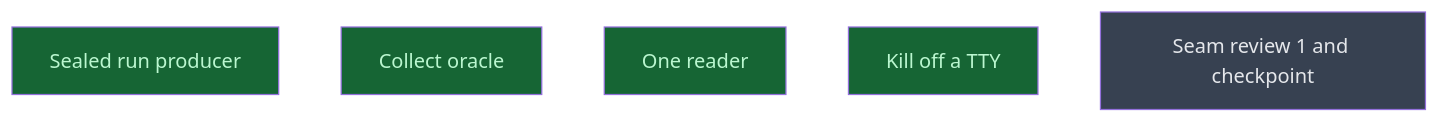
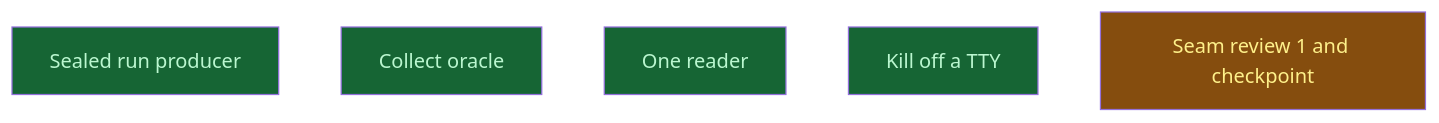
Before and after one commit to CrackingShells/Candler: the diagram in __roadmap__/integrity/causes/README.md, drawn with Mermaid. The commit also changed other lines of this file and 16 other files, not shown here.

````diff
--- a/__roadmap__/integrity/causes/README.md
+++ b/__roadmap__/integrity/causes/README.md
@@ -18,13 +18,13 @@
 ```mermaid
 graph TD
     sealed_run_producer[Sealed run producer]:::done
     collect_oracle[Collect oracle]:::done
     one_reader[One reader]:::done
     kill_off_tty[Kill off a TTY]:::done
-    checkpoint[Seam review 1 and checkpoint]:::planned
+    checkpoint[Seam review 1 and checkpoint]:::inprogress
     classDef done       fill:#166534,color:#bbf7d0
     classDef inprogress fill:#854d0e,color:#fef08a
     classDef planned    fill:#374151,color:#e5e7eb
     classDef amendment  fill:#1e3a5f,color:#bfdbfe
     classDef blocked    fill:#7f1d1d,color:#fecaca
 ```
````
